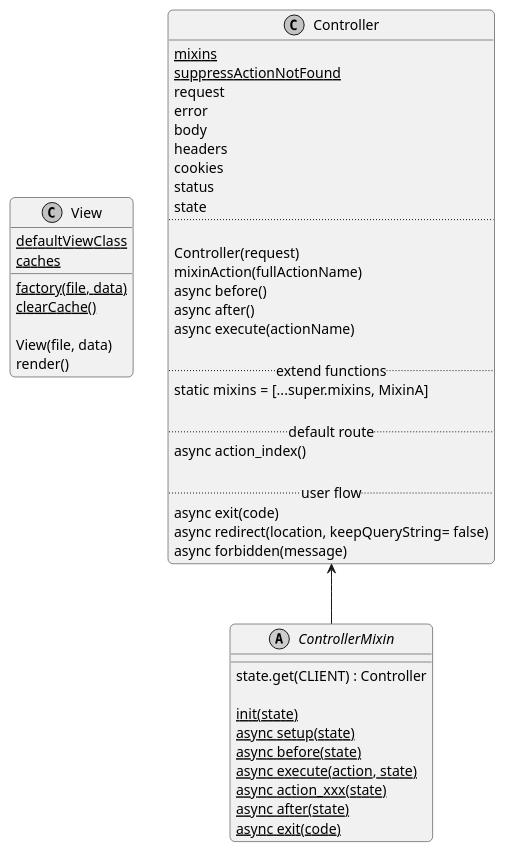
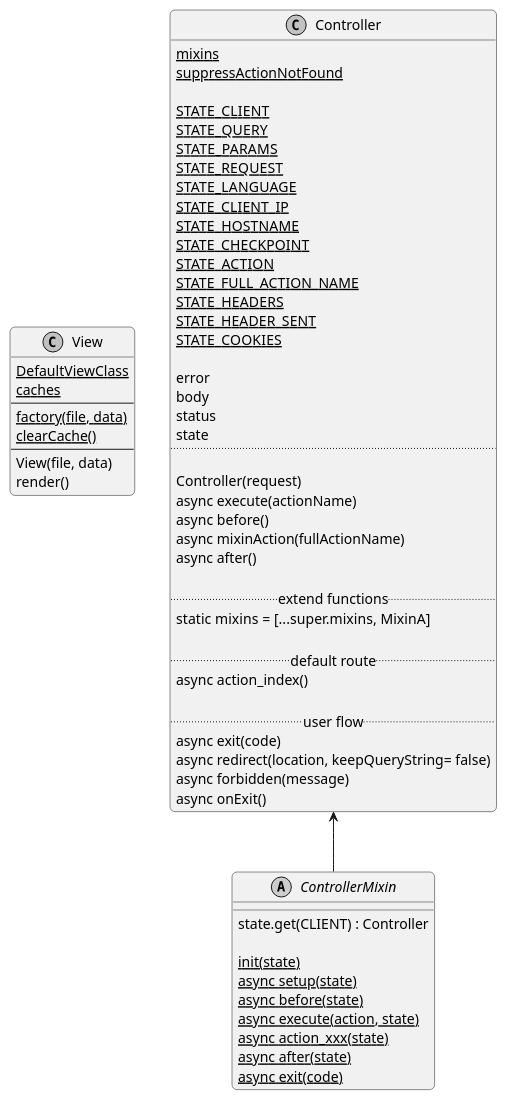
Before and after one commit to LionRockJS/mvc: the diagram in spec/core-mvc.puml, drawn with PlantUML. The commit also changed 2 other files, not shown here.

Commit message:
refactor: controller - move header sent and cookies into state

```diff
--- a/spec/core-mvc.puml
+++ b/spec/core-mvc.puml
@@ -1,65 +1,78 @@
 @startuml
 skinparam monochrome true
 skinparam shadowing false
 skinparam defaultFontName "URW DIN SemiCond"
 skinparam defaultFontSize 14
 skinparam roundcorner 10
 skinparam classAttributeIconSize 0
 
 
 class View{
-  {static} defaultViewClass
+  {static} DefaultViewClass
   {static} caches
-
+  --
   {static} factory(file, data)
   {static} clearCache()
-
+  --
   View(file, data)
   render()
 }
 
 class Controller{
   {static} mixins
   {static} suppressActionNotFound
-  request
+
+  {static} STATE_CLIENT
+  {static} STATE_QUERY
+  {static} STATE_PARAMS
+  {static} STATE_REQUEST
+  {static} STATE_LANGUAGE
+  {static} STATE_CLIENT_IP
+  {static} STATE_HOSTNAME
+  {static} STATE_CHECKPOINT
+  {static} STATE_ACTION
+  {static} STATE_FULL_ACTION_NAME
+  {static} STATE_HEADERS
+  {static} STATE_HEADER_SENT
+  {static} STATE_COOKIES
+
   error
   body
-  headers
-  cookies
   status
   state
 ..
 
   Controller(request)
-  mixinAction(fullActionName)
+  async execute(actionName)
   async before()
+  async mixinAction(fullActionName)
   async after()
-  async execute(actionName)
 
 .. extend functions ..
   static mixins = [...super.mixins, MixinA]
 
 .. default route ..
   async action_index()
 
 .. user flow ..
   async exit(code)
   async redirect(location, keepQueryString= false)
   async forbidden(message)
+  async onExit()
 }
 
 abstract class ControllerMixin{
   state.get(CLIENT) : Controller
 
   {static} init(state)
   {static} async setup(state)
   {static} async before(state)
   {static} async execute(action, state)
   {static} async action_xxx(state)
   {static} async after(state)
   {static} async exit(code)
 }
 
 Controller <-- ControllerMixin
 
 @enduml
```
